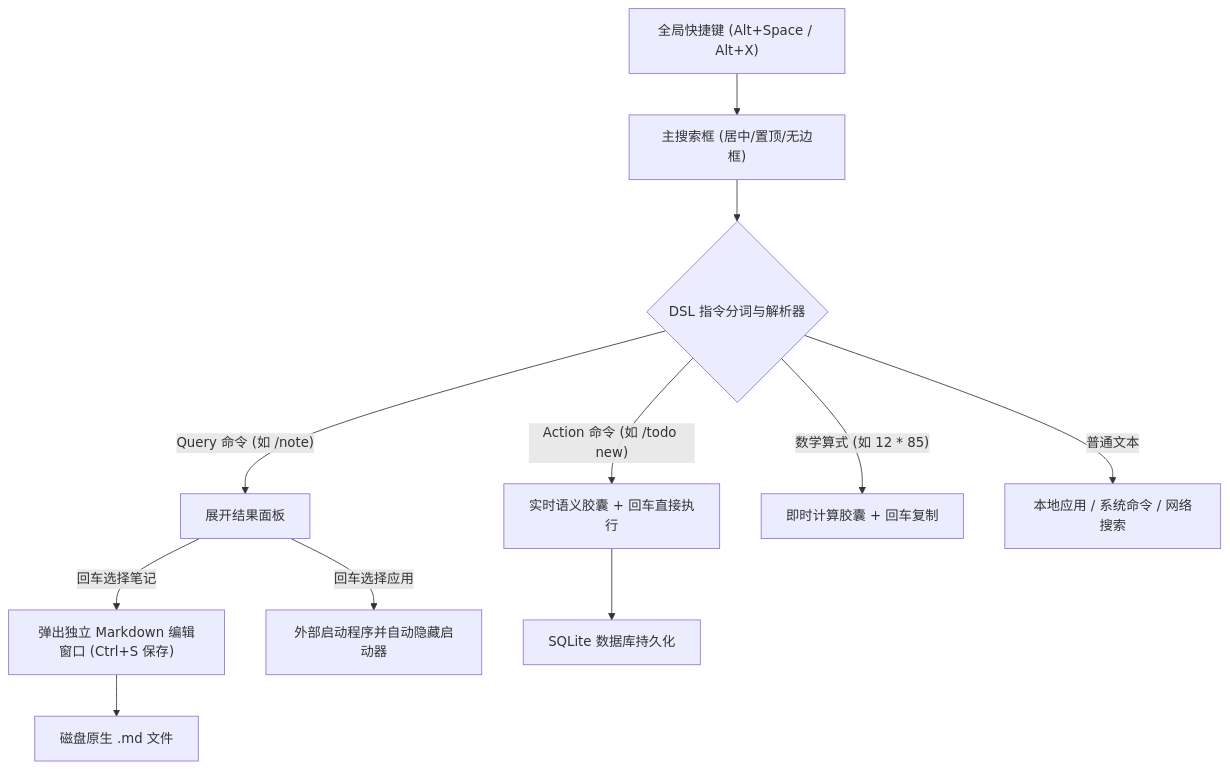
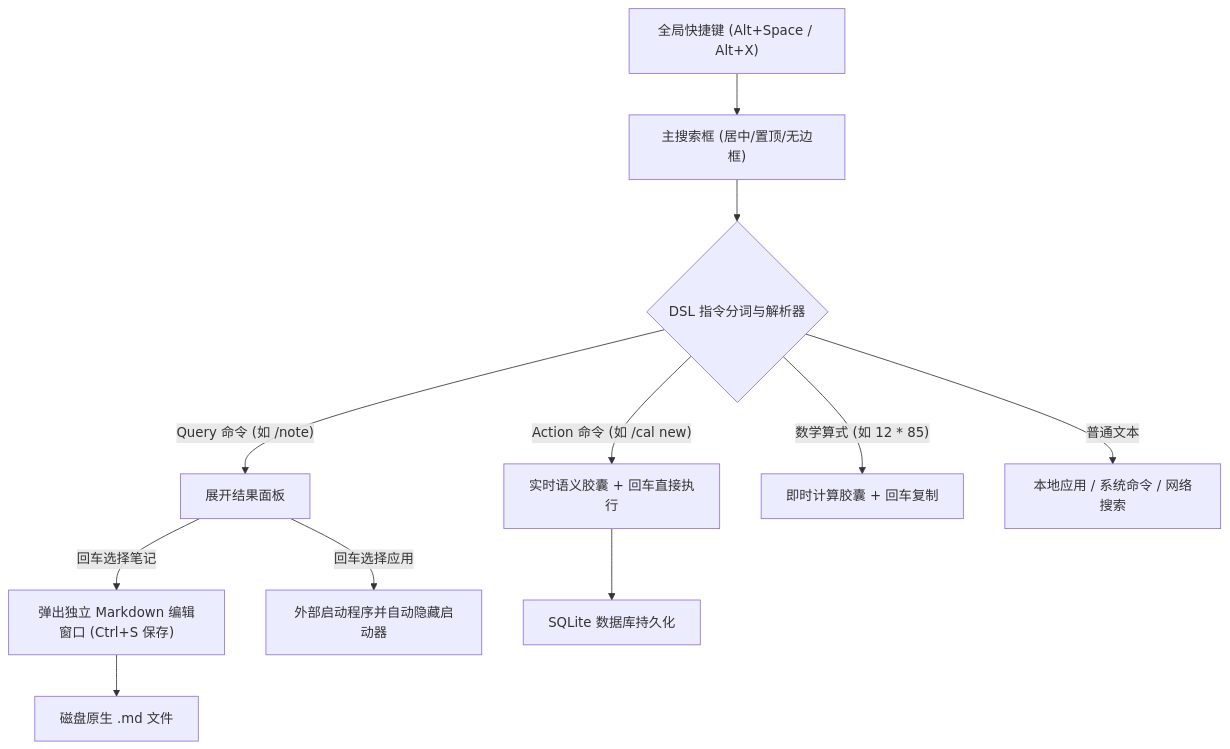
One commit to zhanxh/LiteLauncher changed the diagram in README.md. Above: the diagram before and after it, drawn with Mermaid. The commit also changed other lines of this file and 1 other file, not shown here.

First line of the commit message:
docs: README 的待办章节改写为 /cal 日程；memory 记录日程化的硬约束与未验证项

````diff
--- a/README.md
+++ b/README.md
@@ -12,13 +12,13 @@
 ```mermaid
 flowchart TD
     A["全局快捷键 (Alt+Space / Alt+X)"] --> B["主搜索框 (居中/置顶/无边框)"]
     B --> C{"DSL 指令分词与解析器"}
-    C -->|"Action 命令 (如 /todo new)"| D["实时语义胶囊 + 回车直接执行"]
+    C -->|"Action 命令 (如 /cal new)"| D["实时语义胶囊 + 回车直接执行"]
     C -->|"Query 命令 (如 /note)"| E["展开结果面板"]
     C -->|"数学算式 (如 12 * 85)"| F["即时计算胶囊 + 回车复制"]
     C -->|"普通文本"| G["本地应用 / 系统命令 / 网络搜索"]
     E -->|"回车选择笔记"| H["弹出独立 Markdown 编辑窗口 (Ctrl+S 保存)"]
     E -->|"回车选择应用"| I["外部启动程序并自动隐藏启动器"]
     D --> J["SQLite 数据库持久化"]
     H --> K["磁盘原生 .md 文件"]
 ```
````
